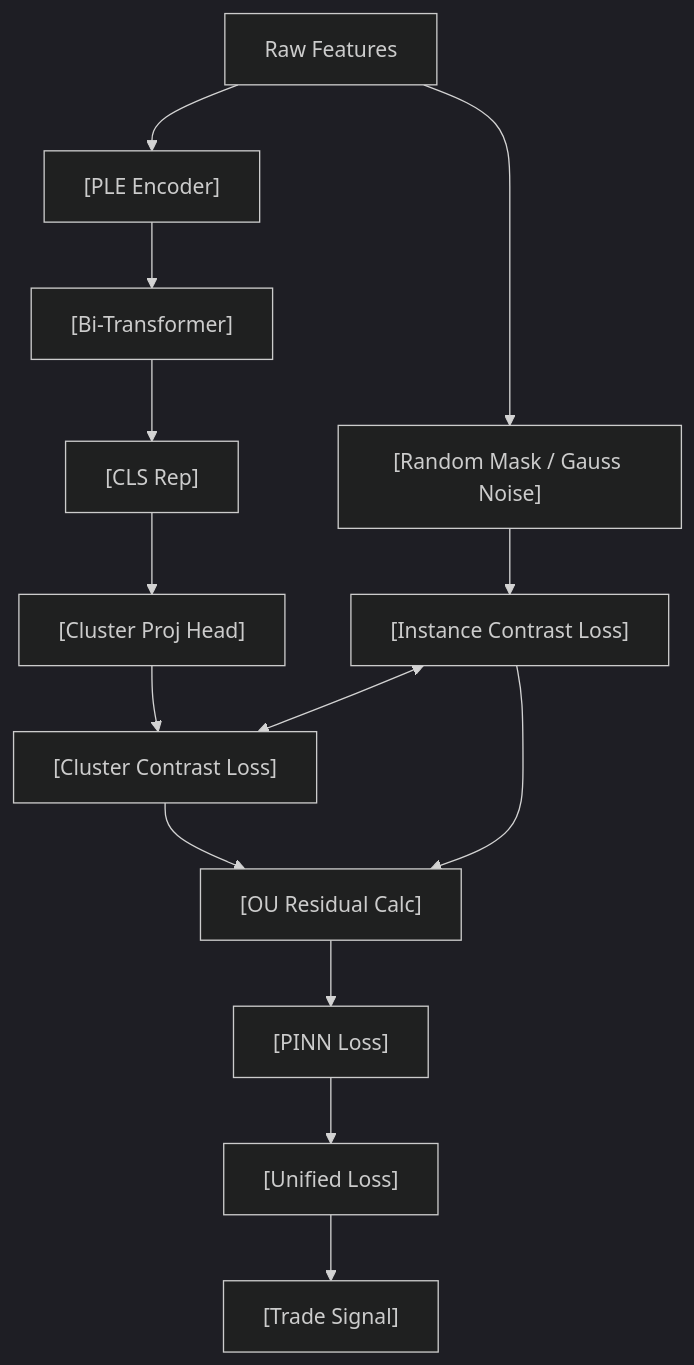
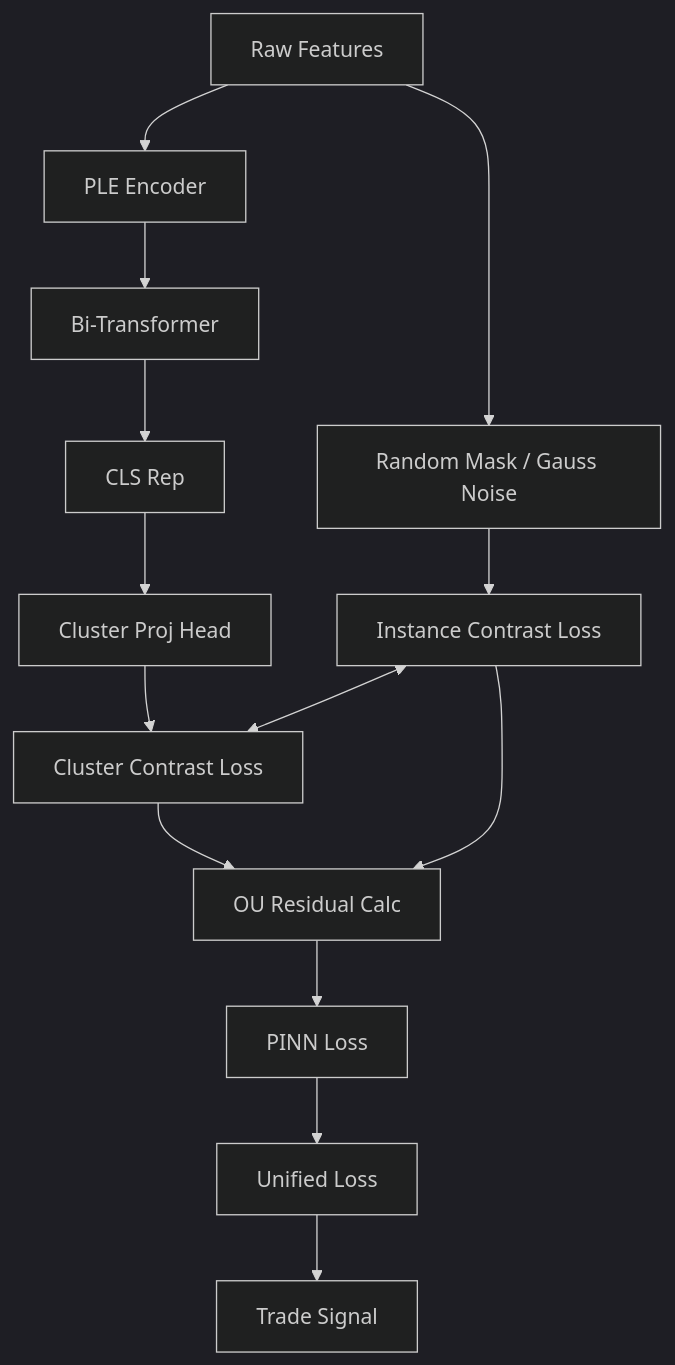
Before and after one commit to sou350121/Trading-Handbook: the diagram in foundations/factor-mining/orca.md, drawn with Mermaid (dark theme). The commit also changed 191 other files, not shown here.

First line of the commit message:
render: fix math + mermaid for GitHub across the corpus (188 pages)

````diff
--- a/foundations/factor-mining/orca.md
+++ b/foundations/factor-mining/orca.md
@@ -30,16 +30,16 @@
 ```mermaid
 flowchart TD
-    A["Raw Features"] --> B["[PLE Encoder]"]
-    B --> C["[Bi-Transformer]"]
-    C --> D["[CLS Rep]"]
-    A --> E["[Random Mask / Gauss Noise]"]
-    D --> F["[Cluster Proj Head]"]
-    E --> G["[Instance Contrast Loss]"]
-    F --> H["[Cluster Contrast Loss]"]
+    A["Raw Features"] --> B["PLE Encoder"]
+    B --> C["Bi-Transformer"]
+    C --> D["CLS Rep"]
+    A --> E["Random Mask / Gauss Noise"]
+    D --> F["Cluster Proj Head"]
+    E --> G["Instance Contrast Loss"]
+    F --> H["Cluster Contrast Loss"]
     G <--> H
-    G --> I["[OU Residual Calc]"]
+    G --> I["OU Residual Calc"]
     H --> I
-    I --> J["[PINN Loss]"]
-    J --> K["[Unified Loss]"]
-    K --> L["[Trade Signal]"]
+    I --> J["PINN Loss"]
+    J --> K["Unified Loss"]
+    K --> L["Trade Signal"]
 ```
````
